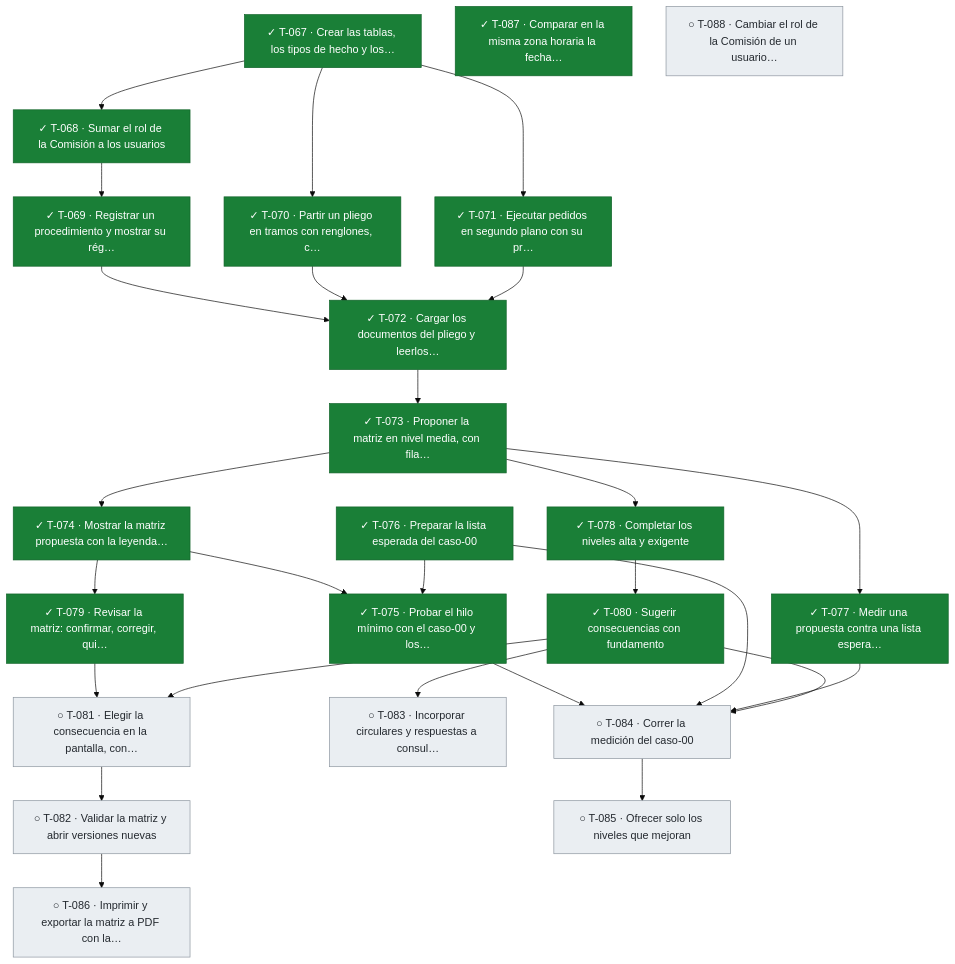
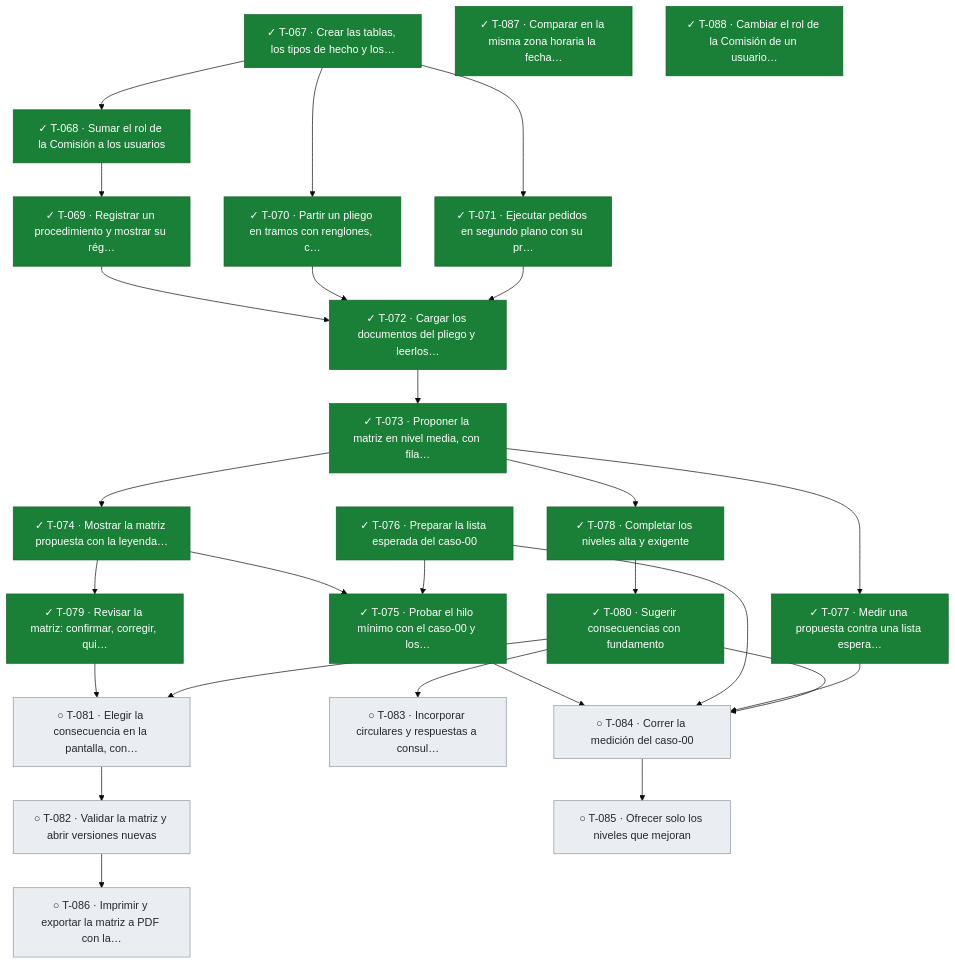
One commit to snavello/EVALUON changed the fifth of 5 diagrams in docs/tablero.md. Above: the diagram before and after it, drawn with Mermaid (base theme). The commit also changed other lines of this file and 1 other file, not shown here.

````diff
--- a/docs/tablero.md
+++ b/docs/tablero.md
@@ -401,55 +401,55 @@
 ```mermaid
 flowchart TD
   T067["✓ T-067 · Crear las tablas, los tipos de hecho y los…"]:::done
   T068["✓ T-068 · Sumar el rol de la Comisión a los usuarios"]:::done
   T069["✓ T-069 · Registrar un procedimiento y mostrar su rég…"]:::done
   T070["✓ T-070 · Partir un pliego en tramos con renglones, c…"]:::done
   T071["✓ T-071 · Ejecutar pedidos en segundo plano con su pr…"]:::done
   T072["✓ T-072 · Cargar los documentos del pliego y leerlos…"]:::done
   T073["✓ T-073 · Proponer la matriz en nivel media, con fila…"]:::done
   T074["✓ T-074 · Mostrar la matriz propuesta con la leyenda…"]:::done
   T075["✓ T-075 · Probar el hilo mínimo con el caso-00 y los…"]:::done
   T076["✓ T-076 · Preparar la lista esperada del caso-00"]:::done
   T077["✓ T-077 · Medir una propuesta contra una lista espera…"]:::done
   T078["✓ T-078 · Completar los niveles alta y exigente"]:::done
   T079["✓ T-079 · Revisar la matriz: confirmar, corregir, qui…"]:::done
   T080["✓ T-080 · Sugerir consecuencias con fundamento"]:::done
   T081["○ T-081 · Elegir la consecuencia en la pantalla, con…"]:::todo
   T082["○ T-082 · Validar la matriz y abrir versiones nuevas"]:::todo
   T083["○ T-083 · Incorporar circulares y respuestas a consul…"]:::todo
   T084["○ T-084 · Correr la medición del caso-00"]:::todo
   T085["○ T-085 · Ofrecer solo los niveles que mejoran"]:::todo
   T086["○ T-086 · Imprimir y exportar la matriz a PDF con la…"]:::todo
   T087["✓ T-087 · Comparar en la misma zona horaria la fecha…"]:::done
-  T088["○ T-088 · Cambiar el rol de la Comisión de un usuario…"]:::todo
+  T088["✓ T-088 · Cambiar el rol de la Comisión de un usuario…"]:::done
   T067 --> T068
   T068 --> T069
   T067 --> T070
   T067 --> T071
   T069 --> T072
   T070 --> T072
   T071 --> T072
   T072 --> T073
   T073 --> T074
   T074 --> T075
   T076 --> T075
   T073 --> T077
   T073 --> T078
   T074 --> T079
   T078 --> T080
   T079 --> T081
   T080 --> T081
   T081 --> T082
   T080 --> T083
   T075 --> T084
   T076 --> T084
   T077 --> T084
   T080 --> T084
   T084 --> T085
   T082 --> T086
   classDef done fill:#1a7f37,stroke:#116329,color:#ffffff
   classDef review fill:#0969da,stroke:#0550ae,color:#ffffff
   classDef active fill:#bf8700,stroke:#7d4e00,color:#ffffff
   classDef blocked fill:#cf222e,stroke:#a40e26,color:#ffffff
   classDef todo fill:#eaeef2,stroke:#8c959f,color:#24292f
 ```
````
